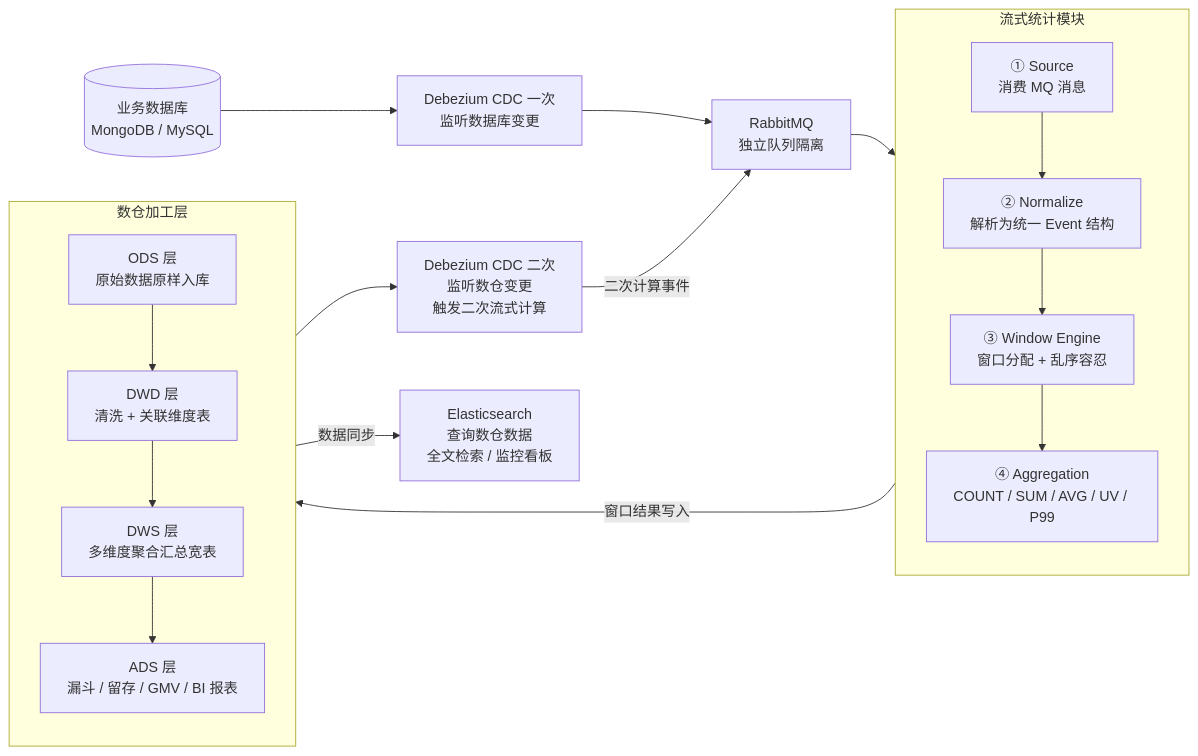
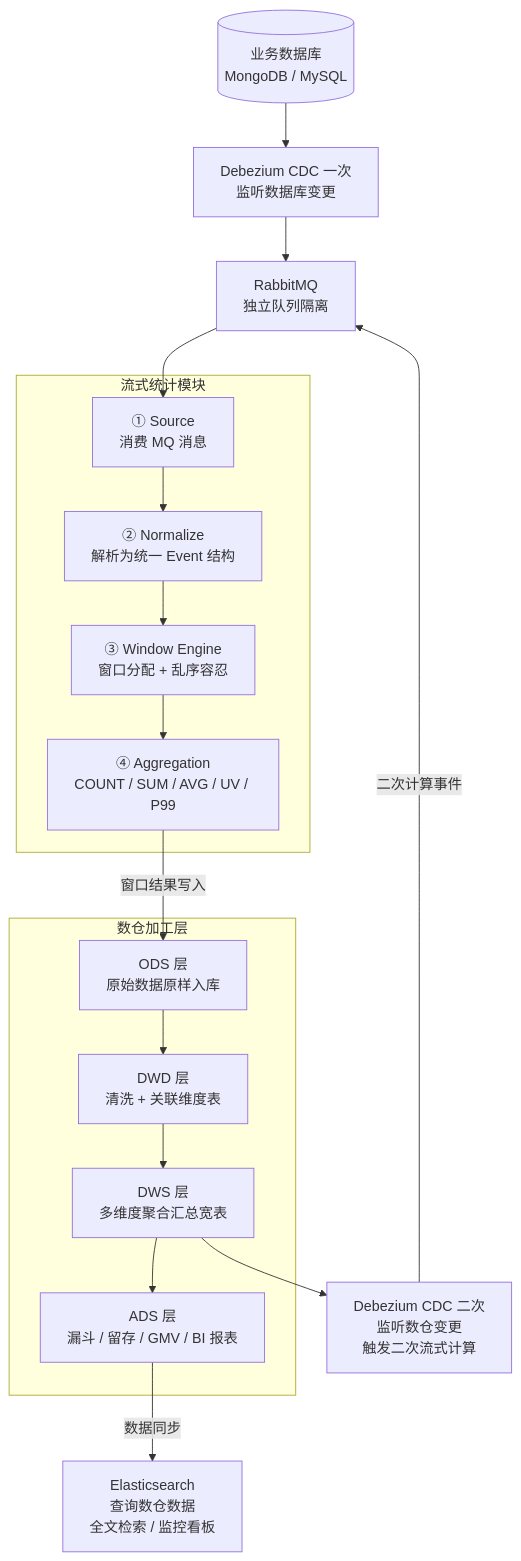
The first of 3 diagrams in stream-stats-design.md (EthanScriptOn/strea-doc), drawn with Mermaid before and after one commit. The commit also changed 2 other files, not shown here.

Commit message:
switch to flowchart TB for reliable vertical layout in subgraphs

````diff
--- a/stream-stats-design.md
+++ b/stream-stats-design.md
@@ -9,32 +9,30 @@
 ```mermaid
-flowchart LR
+flowchart TB
     DB[("业务数据库<br/>MongoDB / MySQL")]
     DBZ1["Debezium CDC 一次<br/>监听数据库变更"]
     MQ["RabbitMQ<br/>独立队列隔离"]
     DBZ2["Debezium CDC 二次<br/>监听数仓变更<br/>触发二次流式计算"]
     ES["Elasticsearch<br/>查询数仓数据<br/>全文检索 / 监控看板"]
 
     subgraph STREAM["流式统计模块"]
-        direction TB
         A["① Source<br/>消费 MQ 消息"]
         B["② Normalize<br/>解析为统一 Event 结构"]
         C["③ Window Engine<br/>窗口分配 + 乱序容忍"]
         D["④ Aggregation<br/>COUNT / SUM / AVG / UV / P99"]
         A --> B --> C --> D
     end
 
     subgraph DW["数仓加工层"]
-        direction TB
         ODS["ODS 层<br/>原始数据原样入库"]
         DWD["DWD 层<br/>清洗 + 关联维度表"]
         DWS["DWS 层<br/>多维度聚合汇总宽表"]
         ADS["ADS 层<br/>漏斗 / 留存 / GMV / BI 报表"]
         ODS --> DWD --> DWS --> ADS
     end
 
-    DB --> DBZ1 --> MQ --> STREAM
+    DB --> DBZ1 --> MQ --> A
     D -- "窗口结果写入" --> ODS
     ADS -- "数据同步" --> ES
     DWS --> DBZ2
     DBZ2 -- "二次计算事件" --> MQ
 ```
````
